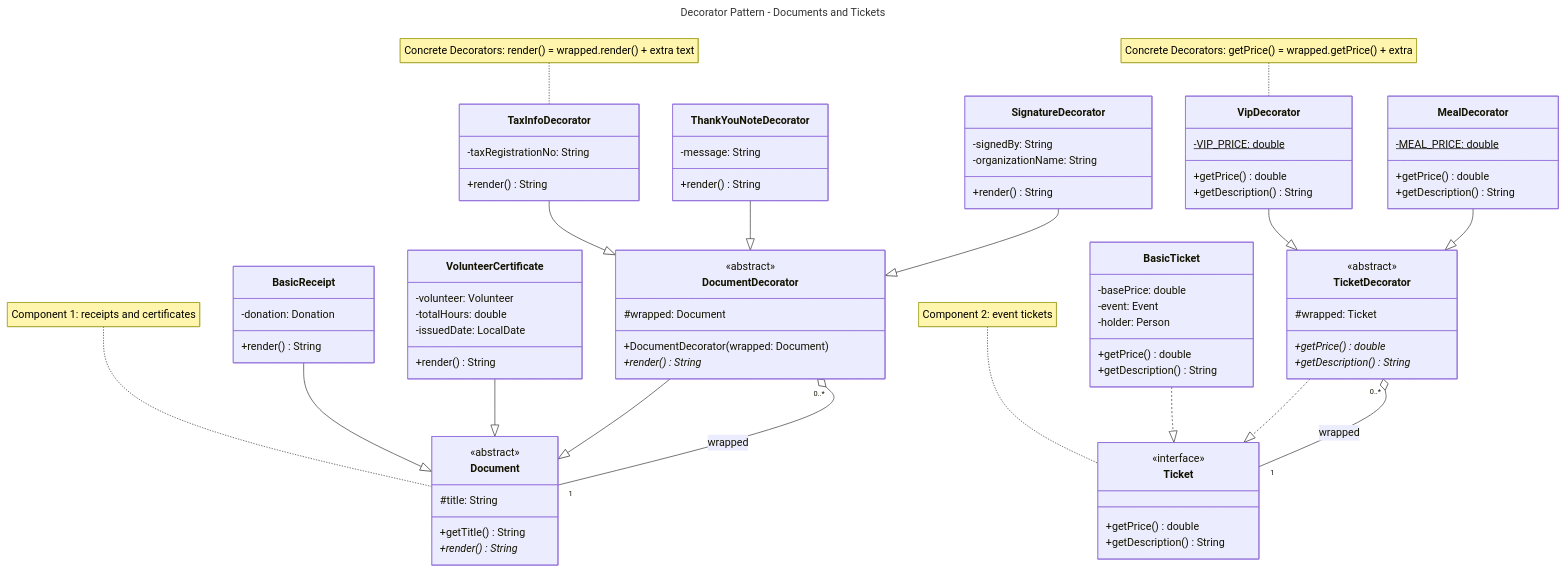
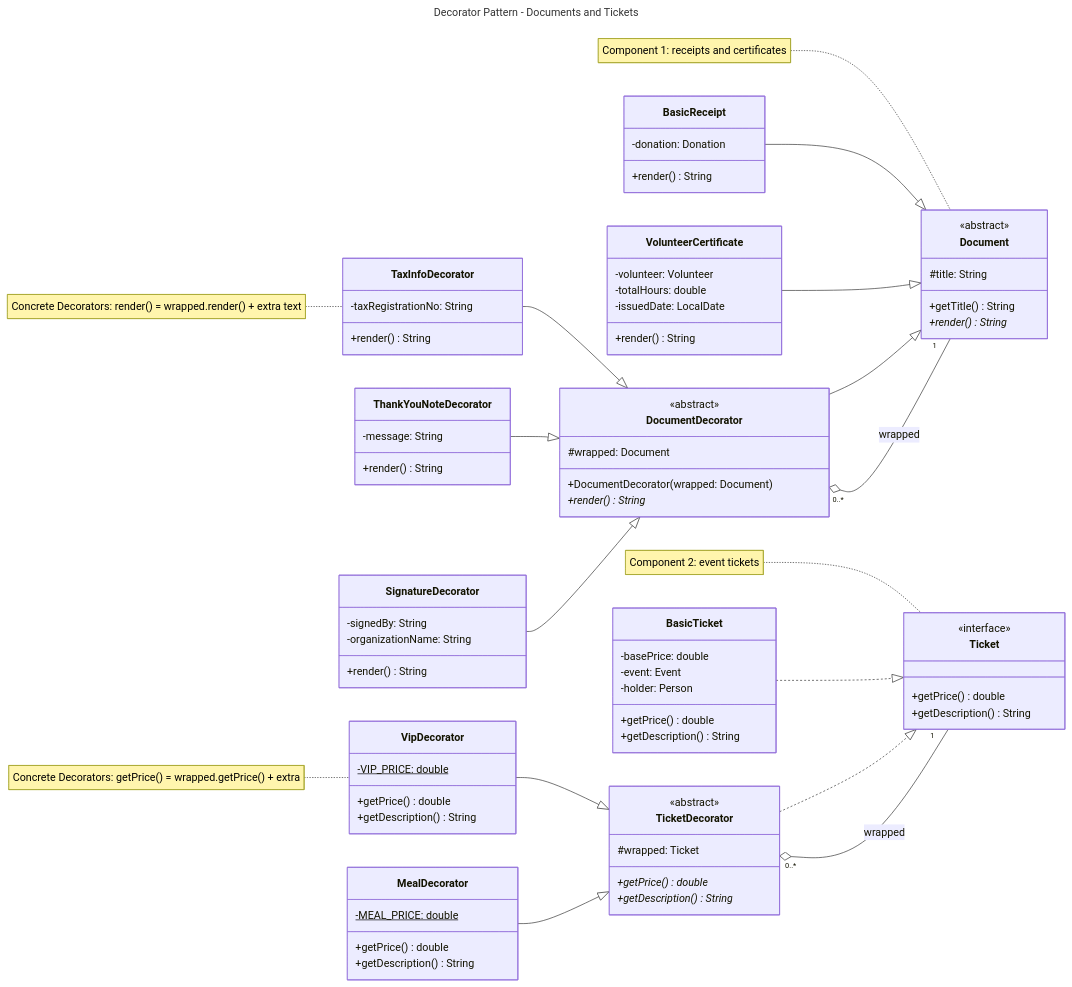
The fourth of 7 diagrams in Class Diagrams/mermaid/class-diagrams.md (seif-elden/nonprofit-management-system), drawn with Mermaid before and after one commit. The commit also changed other lines of this file and 21 other files, not shown here.

Commit message:
Render Mermaid class diagrams to SVG and PNG

```diff
--- a/Class Diagrams/mermaid/class-diagrams.md
+++ b/Class Diagrams/mermaid/class-diagrams.md
@@ -1130,7 +1153,7 @@
 title: Decorator Pattern - Documents and Tickets
 ---
 classDiagram
-  direction TB
+  direction LR
   class Document {
     <<abstract>>
     #title: String
```
